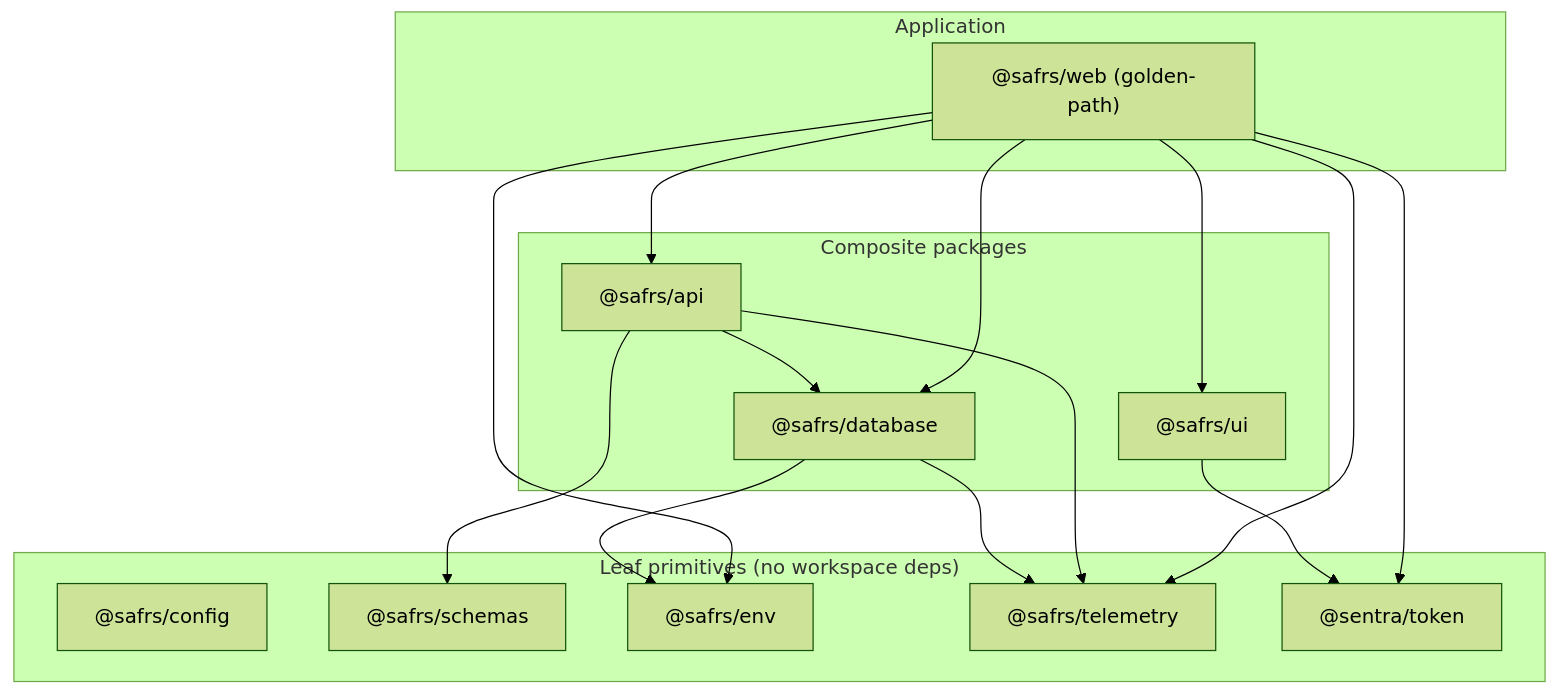
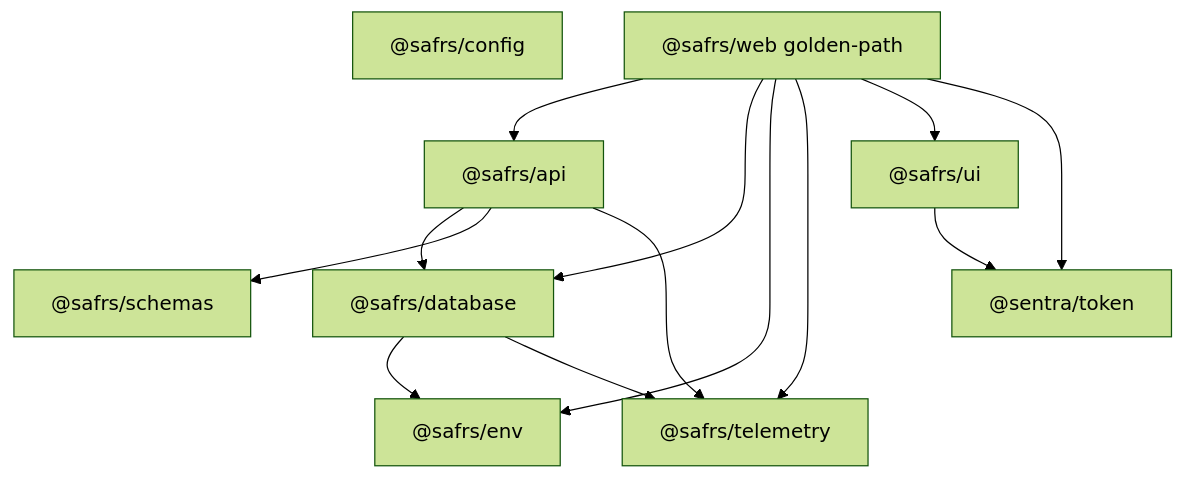
The diagram in sentrawiki/packages/index.md (drferdi/Monorepo-safrs), drawn with Mermaid (forest theme) before and after one commit. The commit also changed other lines of this file and 197 other files, not shown here.

````diff
--- a/sentrawiki/packages/index.md
+++ b/sentrawiki/packages/index.md
@@ -24,30 +27,24 @@
 ```mermaid
 graph TD
-    subgraph leaf["Leaf primitives (no workspace deps)"]
-        CONFIG["@safrs/config"]
-        SCHEMAS["@safrs/schemas"]
-        ENV["@safrs/env"]
-        TELE["@safrs/telemetry"]
-        TOKEN["@sentra/token"]
-    end
-    subgraph composite["Composite packages"]
-        DB["@safrs/database"]
-        UI["@safrs/ui"]
-        API["@safrs/api"]
-    end
+    CONFIG["@safrs/config"]
+    SCHEMAS["@safrs/schemas"]
+    ENV["@safrs/env"]
+    TELE["@safrs/telemetry"]
+    TOKEN["@sentra/token"]
+    DB["@safrs/database"]
+    UI["@safrs/ui"]
+    API["@safrs/api"]
+    WEB["@safrs/web golden-path"]
     DB --> ENV
     DB --> TELE
     UI --> TOKEN
     API --> DB
     API --> SCHEMAS
     API --> TELE
-    subgraph app["Application"]
-        WEB["@safrs/web (golden-path)"]
-    end
     WEB --> API
     WEB --> DB
     WEB --> ENV
     WEB --> TELE
     WEB --> UI
     WEB --> TOKEN
 ```
````
